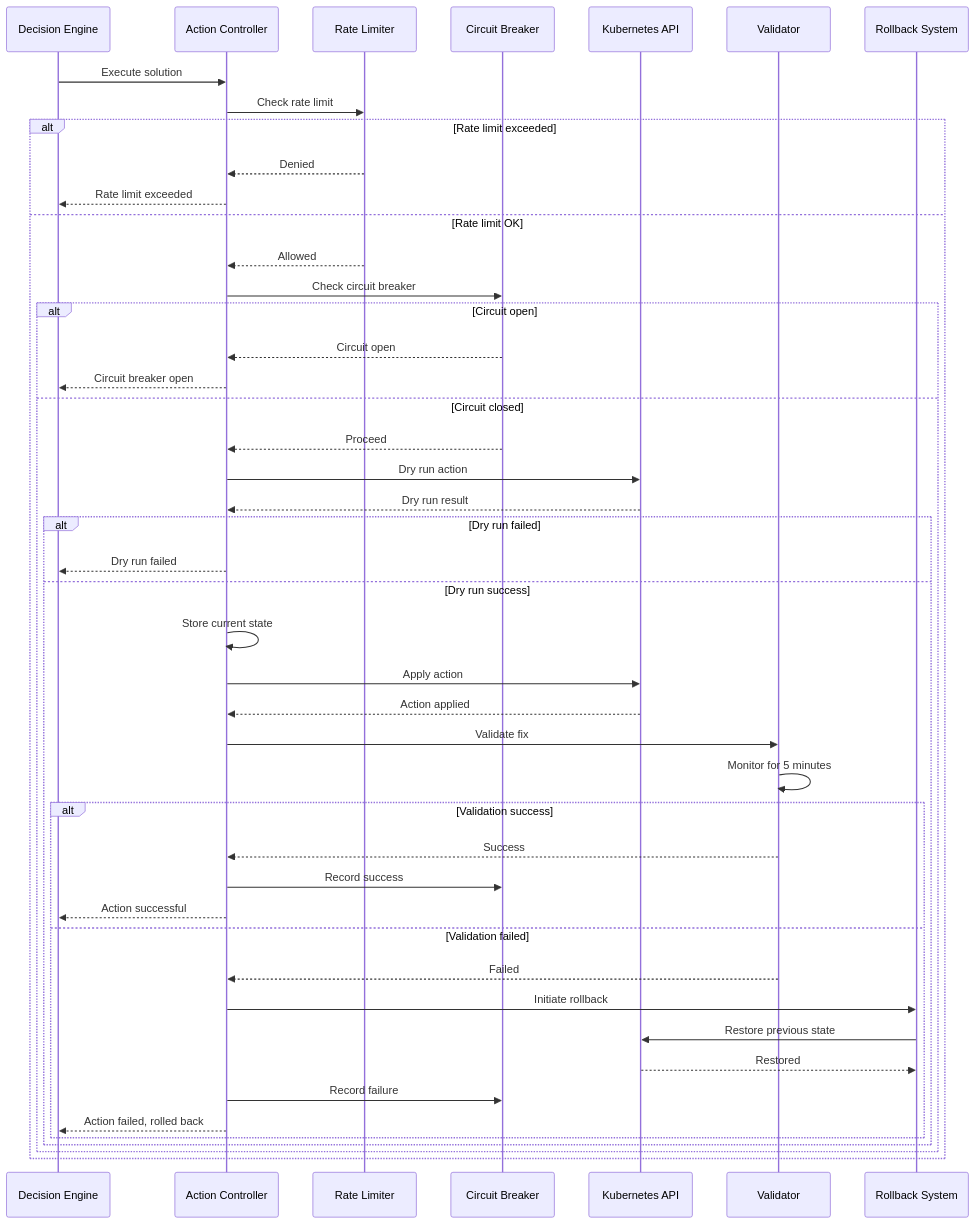
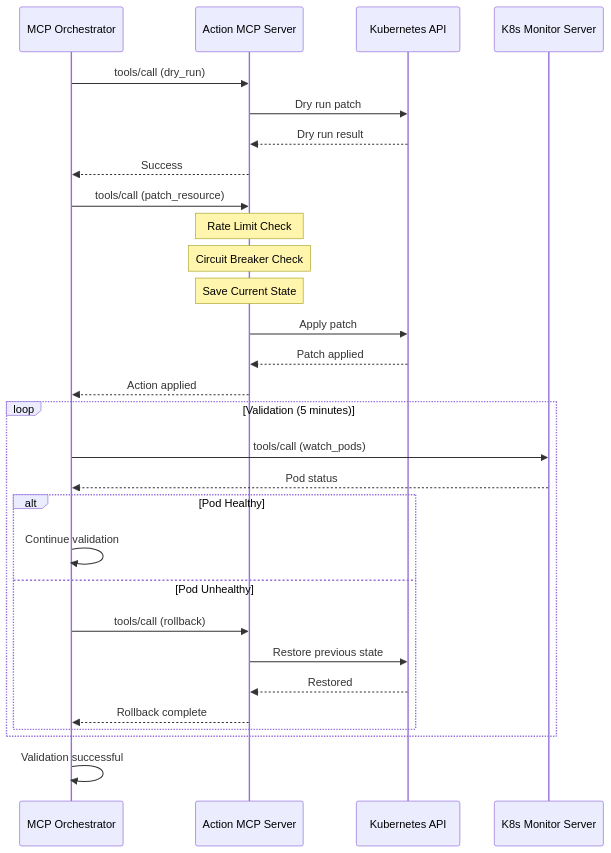
Diagram 15 of 24 in WORKFLOW.md (ravindra-lakal/KubeSage), drawn with Mermaid before and after one commit. The commit also changed other lines of this file and 7 other files, not shown here.

````diff
--- a/WORKFLOW.md
+++ b/WORKFLOW.md
@@ -428,55 +568,38 @@
 ```mermaid
 sequenceDiagram
-    participant Dec as Decision Engine
-    participant Act as Action Controller
-    participant RL as Rate Limiter
-    participant CB as Circuit Breaker
+    participant Orch as MCP Orchestrator
+    participant Act as Action MCP Server
     participant K8s as Kubernetes API
-    participant Val as Validator
-    participant RB as Rollback System
+    participant Mon as K8s Monitor Server
     
-    Dec->>Act: Execute solution
+    Orch->>Act: tools/call (dry_run)
+    Act->>K8s: Dry run patch
+    K8s-->>Act: Dry run result
+    Act-->>Orch: Success
     
-    Act->>RL: Check rate limit
-    alt Rate limit exceeded
-        RL-->>Act: Denied
-        Act-->>Dec: Rate limit exceeded
-    else Rate limit OK
-        RL-->>Act: Allowed
+    Orch->>Act: tools/call (patch_resource)
+    
+    Note over Act: Rate Limit Check
+    Note over Act: Circuit Breaker Check
+    Note over Act: Save Current State
+    
+    Act->>K8s: Apply patch
+    K8s-->>Act: Patch applied
+    Act-->>Orch: Action applied
+    
+    loop Validation (5 minutes)
+        Orch->>Mon: tools/call (watch_pods)
+        Mon-->>Orch: Pod status
         
-        Act->>CB: Check circuit breaker
-        alt Circuit open
-            CB-->>Act: Circuit open
-            Act-->>Dec: Circuit breaker open
-        else Circuit closed
-            CB-->>Act: Proceed
-            
-            Act->>K8s: Dry run action
-            K8s-->>Act: Dry run result
-            
-            alt Dry run failed
-                Act-->>Dec: Dry run failed
-            else Dry run success
-                Act->>Act: Store current state
-                Act->>K8s: Apply action
-                K8s-->>Act: Action applied
-                
-                Act->>Val: Validate fix
-                Val->>Val: Monitor for 5 minutes
-                
-                alt Validation success
-                    Val-->>Act: Success
-                    Act->>CB: Record success
-                    Act-->>Dec: Action successful
-                else Validation failed
-                    Val-->>Act: Failed
-                    Act->>RB: Initiate rollback
-                    RB->>K8s: Restore previous state
-                    K8s-->>RB: Restored
-                    Act->>CB: Record failure
-                    Act-->>Dec: Action failed, rolled back
-                end
-            end
+        alt Pod Healthy
+            Orch->>Orch: Continue validation
+        else Pod Unhealthy
+            Orch->>Act: tools/call (rollback)
+            Act->>K8s: Restore previous state
+            K8s-->>Act: Restored
+            Act-->>Orch: Rollback complete
         end
     end
+    
+    Orch->>Orch: Validation successful
 ```
````
